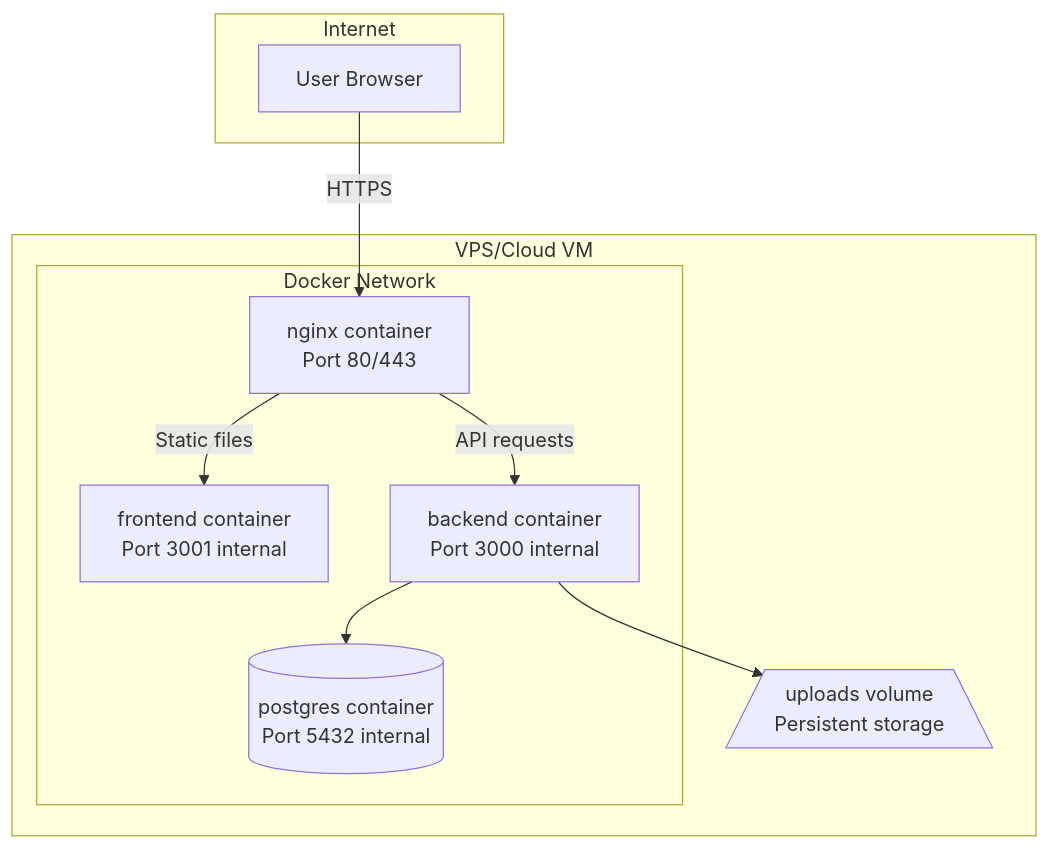
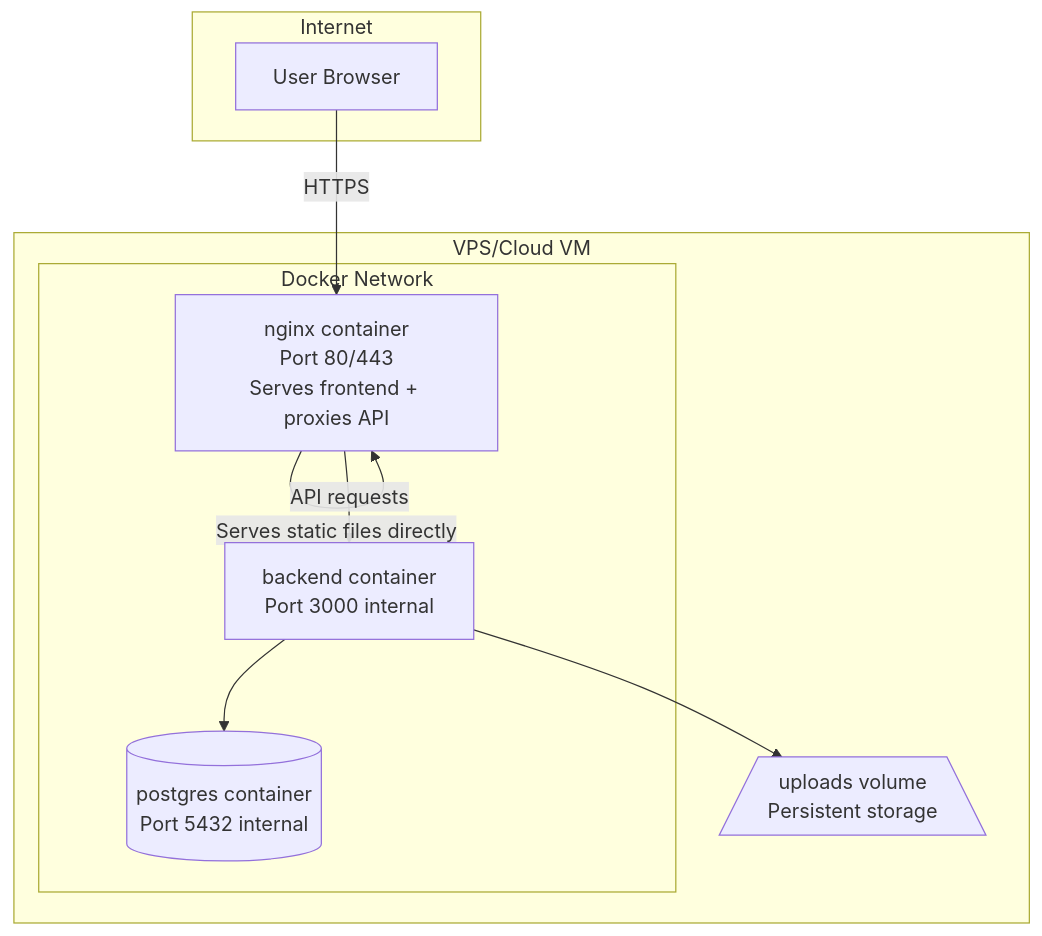
One commit to azakharo/OptiView changed the diagram in doc/plans/stage8-deployment-plan.md. Above: the diagram before and after it, drawn with Mermaid. The commit also changed other lines of this file, not shown here.

Commit message:
only 1 container for frontend

````diff
--- a/doc/plans/stage8-deployment-plan.md
+++ b/doc/plans/stage8-deployment-plan.md
@@ -40,23 +40,22 @@
 ```mermaid
 flowchart TB
     subgraph Internet
         User[User Browser]
     end
 
     subgraph VPS [VPS/Cloud VM]
         subgraph Docker [Docker Network]
-            Nginx[nginx container<br/>Port 80/443]
-            Frontend[frontend container<br/>Port 3001 internal]
+            Nginx[nginx container<br/>Port 80/443<br/>Serves frontend + proxies API]
             Backend[backend container<br/>Port 3000 internal]
             DB[(postgres container<br/>Port 5432 internal)]
         end
 
         Uploads[/uploads volume<br/>Persistent storage\]
     end
 
     User -->|HTTPS| Nginx
-    Nginx -->|Static files| Frontend
+    Nginx -->|Serves static files directly| Nginx
     Nginx -->|API requests| Backend
     Backend --> DB
     Backend --> Uploads
 ```
````
